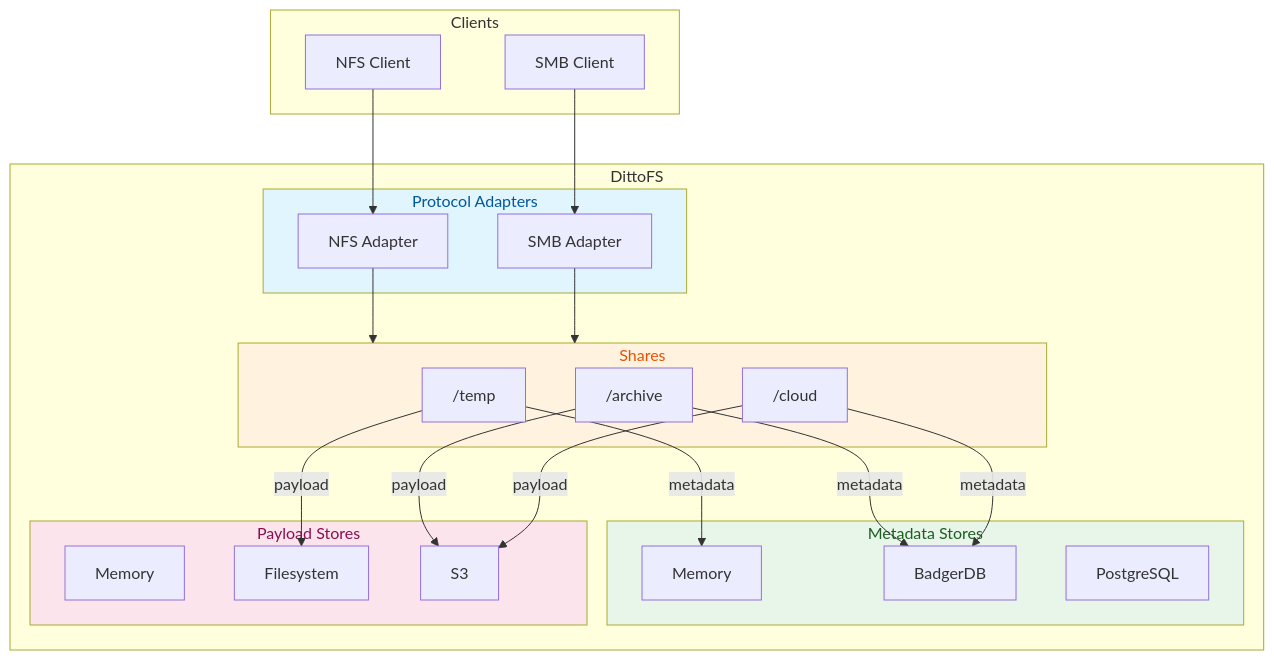
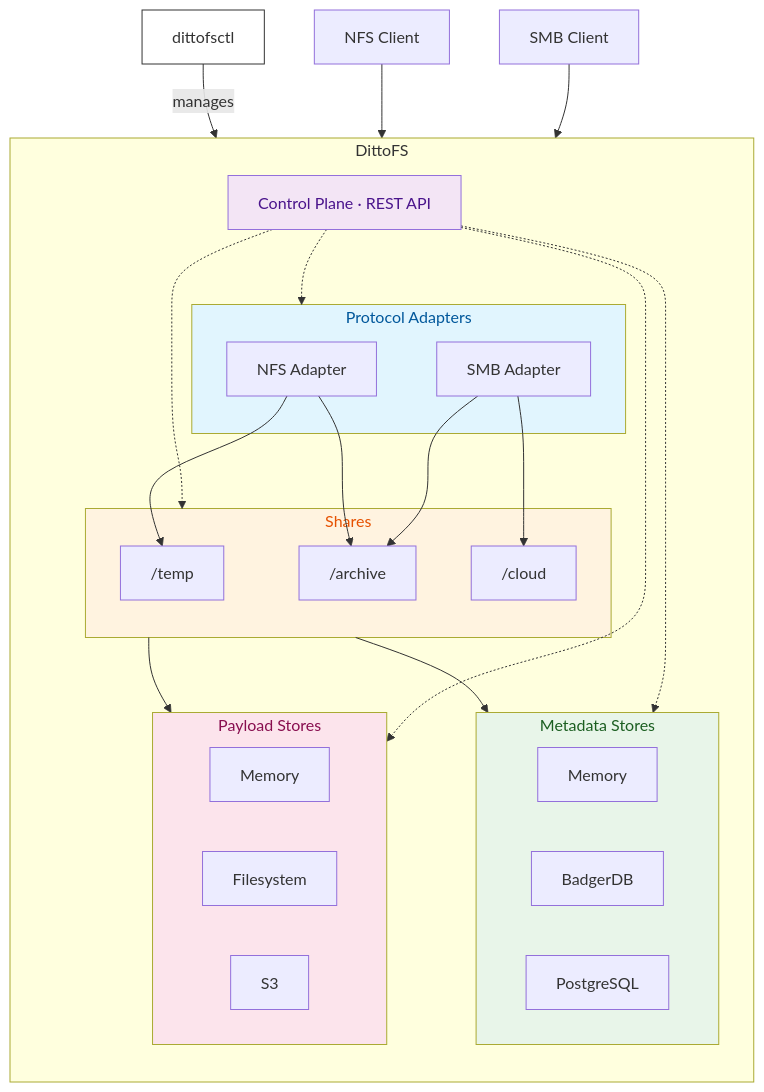
Before and after one commit to marmos91/dittofs: the diagram in README.md, drawn with Mermaid.

Commit message:
docs: simplify architecture diagram layout
Move Control Plane inside DittoFS box, remove verbose arrow
labels, and use subgraph-level connections to reduce clutter.

````diff
--- a/README.md
+++ b/README.md
@@ -28,49 +28,53 @@
 ```mermaid
 graph TD
-    subgraph Clients
-        NFS[NFS Client]
-        SMB[SMB Client]
-    end
+    CTL[dittofsctl] -- manages --> CP
+    NFS[NFS Client] --> NFSA
+    SMB[SMB Client] --> SMBA
 
     subgraph DittoFS
+        direction TB
+
+        CP[Control Plane · REST API]
+
         subgraph Adapters[Protocol Adapters]
             NFSA[NFS Adapter]
             SMBA[SMB Adapter]
         end
+
+        NFSA --> S1 & S2
+        SMBA --> S2 & S3
 
         subgraph Shares
             S1["/temp"]
             S2["/archive"]
             S3["/cloud"]
         end
+
+        Shares --> MetadataStores
+        Shares --> PayloadStores
 
         subgraph MetadataStores[Metadata Stores]
             MM[Memory]
             MB[BadgerDB]
             MP[PostgreSQL]
         end
 
         subgraph PayloadStores[Payload Stores]
             PM[Memory]
             PF[Filesystem]
             PS[S3]
         end
+
+        CP -.-> Adapters
+        CP -.-> Shares
+        CP -.-> MetadataStores
+        CP -.-> PayloadStores
     end
-
-    NFS --> NFSA
-    SMB --> SMBA
-    NFSA --> Shares
-    SMBA --> Shares
-
-    S1 -- metadata --> MM
-    S1 -- payload --> PF
-    S2 -- metadata --> MB
-    S2 -- payload --> PS
-    S3 -- metadata --> MB
-    S3 -- payload --> PS
 
     style Adapters fill:#e1f5fe,color:#01579b
     style Shares fill:#fff3e0,color:#e65100
     style MetadataStores fill:#e8f5e9,color:#1b5e20
     style PayloadStores fill:#fce4ec,color:#880e4f
+    style CP fill:#f3e5f5,color:#4a148c
+    style CTL fill:#fff,color:#333,stroke:#333
 ```
````
